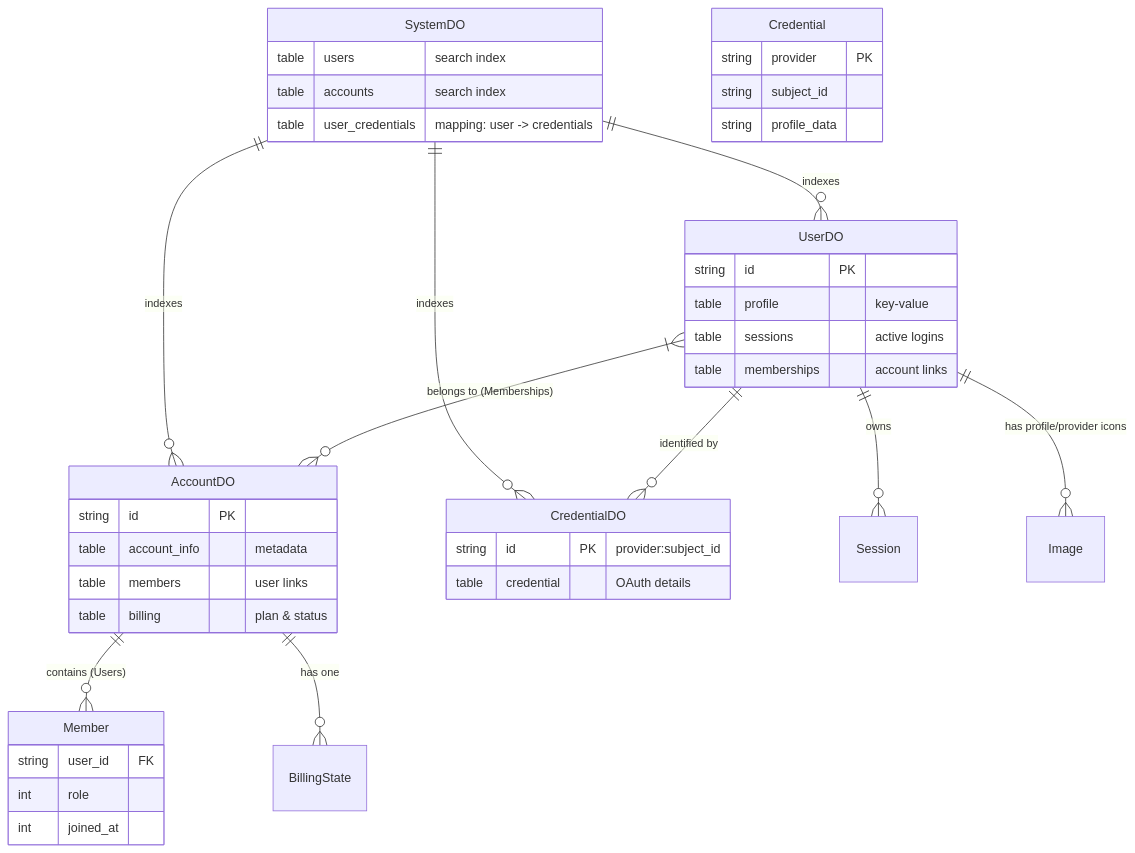
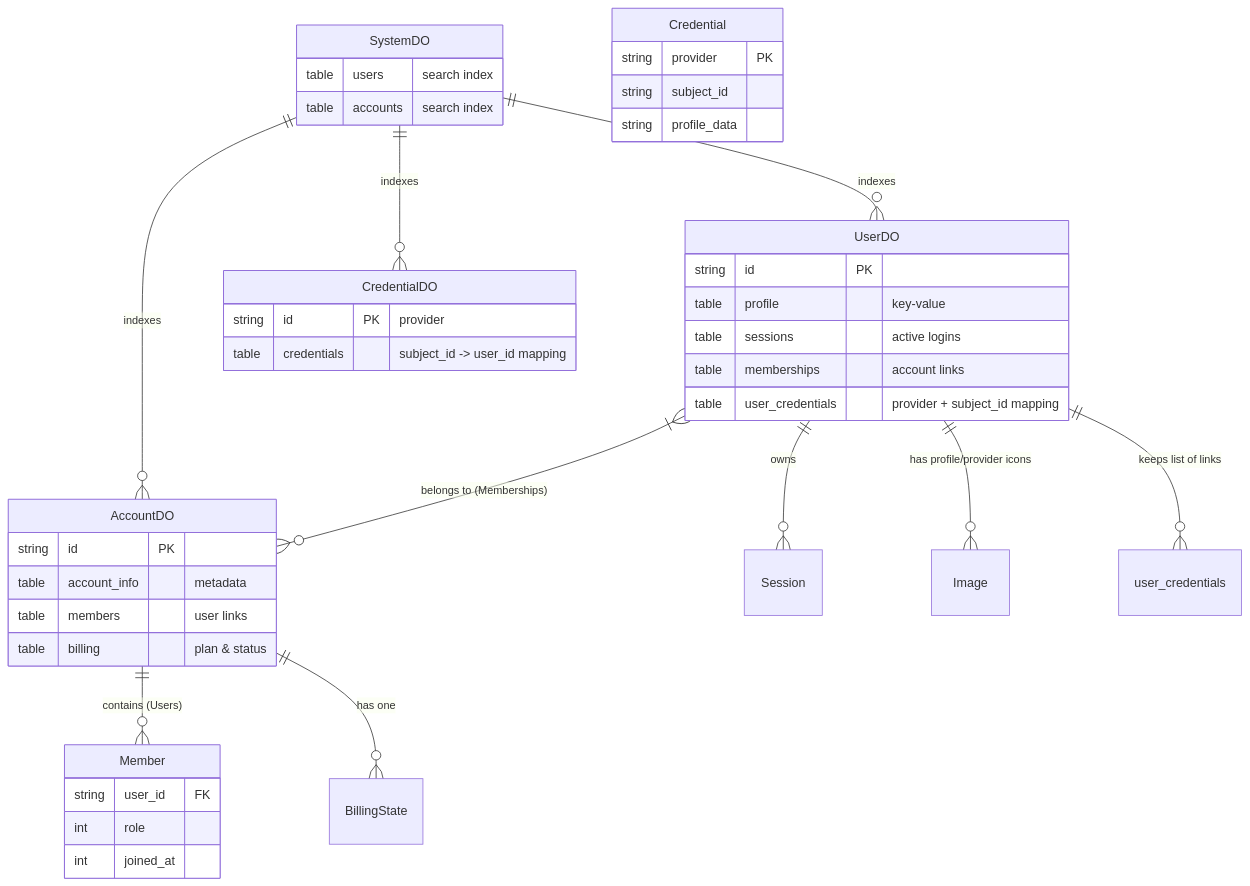
One commit to StartupAPI/startup-api-cloudflare changed the diagram in specs/data-relationships.mmd. Above: the diagram before and after it, drawn with Mermaid. The commit also changed 6 other files, not shown here.

Commit message:
Refactor credentials to be provider-partitioned and decentralized

```diff
--- a/specs/data-relationships.mmd
+++ b/specs/data-relationships.mmd
@@ -1,49 +1,49 @@
 erDiagram
     SystemDO ||--o{ UserDO : indexes
     SystemDO ||--o{ AccountDO : indexes
     SystemDO ||--o{ CredentialDO : indexes
     
     UserDO ||--o{ Session : owns
     UserDO ||--o{ Image : "has profile/provider icons"
     UserDO }|--o{ AccountDO : "belongs to (Memberships)"
-    UserDO ||--o{ CredentialDO : "identified by"
+    UserDO ||--o{ user_credentials : "keeps list of links"
 
     AccountDO ||--o{ Member : "contains (Users)"
     AccountDO ||--o{ BillingState : "has one"
 
     UserDO {
         string id PK
         table profile "key-value"
         table sessions "active logins"
         table memberships "account links"
+        table user_credentials "provider + subject_id mapping"
     }
 
     AccountDO {
         string id PK
         table account_info "metadata"
         table members "user links"
         table billing "plan & status"
     }
 
     SystemDO {
         table users "search index"
         table accounts "search index"
-        table user_credentials "mapping: user -> credentials"
     }
 
     CredentialDO {
-        string id PK "provider:subject_id"
-        table credential "OAuth details"
+        string id PK "provider"
+        table credentials "subject_id -> user_id mapping"
     }
 
     Member {
         string user_id FK
         int role
         int joined_at
     }
 
     Credential {
         string provider PK
         string subject_id
         string profile_data
     }
```
